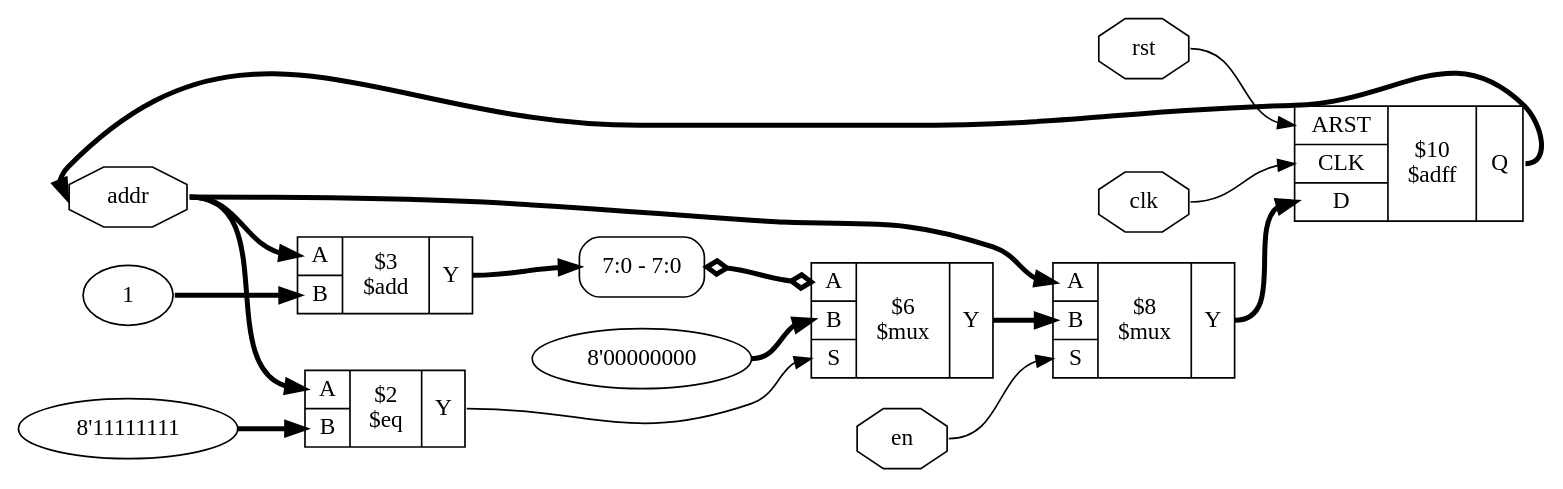
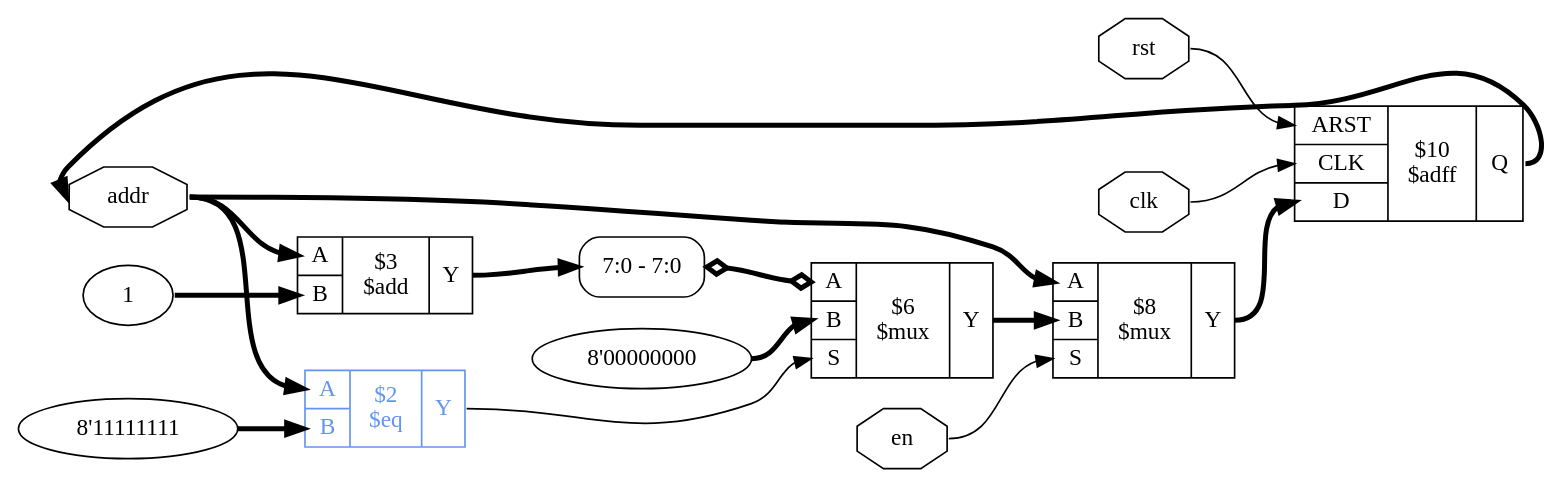
Before and after one commit to YosysHQ-Docs/yosys-cmd-ref: the diagram in source/_images/code_examples/fifo/addr_gen_clean.dot, drawn with Graphviz. The commit also changed 112 other files, not shown here.

```diff
--- a/source/_images/code_examples/fifo/addr_gen_clean.dot
+++ b/source/_images/code_examples/fifo/addr_gen_clean.dot
@@ -1,32 +1,32 @@
 digraph "addr_gen" {
 rankdir="LR";
 remincross=true;
 n5 [ shape=octagon, label="addr", color="black", fontcolor="black" ];
 n6 [ shape=octagon, label="clk", color="black", fontcolor="black" ];
 n7 [ shape=octagon, label="en", color="black", fontcolor="black" ];
 n8 [ shape=octagon, label="rst", color="black", fontcolor="black" ];
 v0 [ label="1" ];
 c12 [ shape=record, label="{{<p9> A|<p10> B}|$3\n$add|{<p11> Y}}",  ];
 v1 [ label="8'11111111" ];
-c13 [ shape=record, label="{{<p9> A|<p10> B}|$2\n$eq|{<p11> Y}}",  ];
+c13 [ shape=record, label="{{<p9> A|<p10> B}|$2\n$eq|{<p11> Y}}", color="cornflowerblue", fontcolor="cornflowerblue" ];
 c18 [ shape=record, label="{{<p14> ARST|<p15> CLK|<p16> D}|$10\n$adff|{<p17> Q}}",  ];
 v3 [ label="8'00000000" ];
 c20 [ shape=record, label="{{<p9> A|<p10> B|<p19> S}|$6\n$mux|{<p11> Y}}",  ];
 x2 [ shape=record, style=rounded, label="<s0> 7:0 - 7:0 ", color="black", fontcolor="black" ];
 x2:e -> c20:p9:w [arrowhead=odiamond, arrowtail=odiamond, dir=both, color="black", fontcolor="black", style="setlinewidth(3)", label=""];
 c21 [ shape=record, label="{{<p9> A|<p10> B|<p19> S}|$8\n$mux|{<p11> Y}}",  ];
 c21:p11:e -> c18:p16:w [color="black", fontcolor="black", style="setlinewidth(3)", label=""];
 c12:p11:e -> x2:s0:w [color="black", fontcolor="black", style="setlinewidth(3)", label=""];
 c13:p11:e -> c20:p19:w [color="black", fontcolor="black", label=""];
 c20:p11:e -> c21:p10:w [color="black", fontcolor="black", style="setlinewidth(3)", label=""];
 c18:p17:e -> n5:w [color="black", fontcolor="black", style="setlinewidth(3)", label=""];
 n5:e -> c12:p9:w [color="black", fontcolor="black", style="setlinewidth(3)", label=""];
 n5:e -> c13:p9:w [color="black", fontcolor="black", style="setlinewidth(3)", label=""];
 n5:e -> c21:p9:w [color="black", fontcolor="black", style="setlinewidth(3)", label=""];
 n6:e -> c18:p15:w [color="black", fontcolor="black", label=""];
 n7:e -> c21:p19:w [color="black", fontcolor="black", label=""];
 n8:e -> c18:p14:w [color="black", fontcolor="black", label=""];
 v0:e -> c12:p10:w [color="black", fontcolor="black", style="setlinewidth(3)", label=""];
 v1:e -> c13:p10:w [color="black", fontcolor="black", style="setlinewidth(3)", label=""];
 v3:e -> c20:p10:w [color="black", fontcolor="black", style="setlinewidth(3)", label=""];
 }
```
